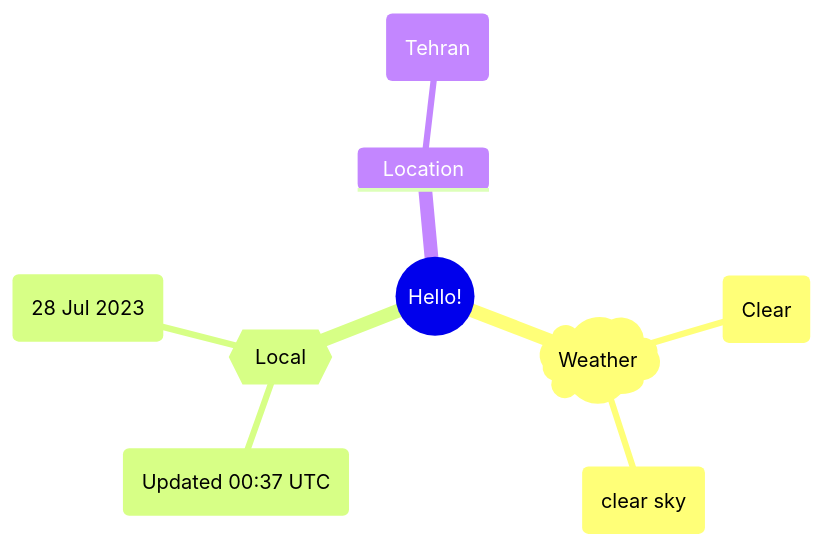
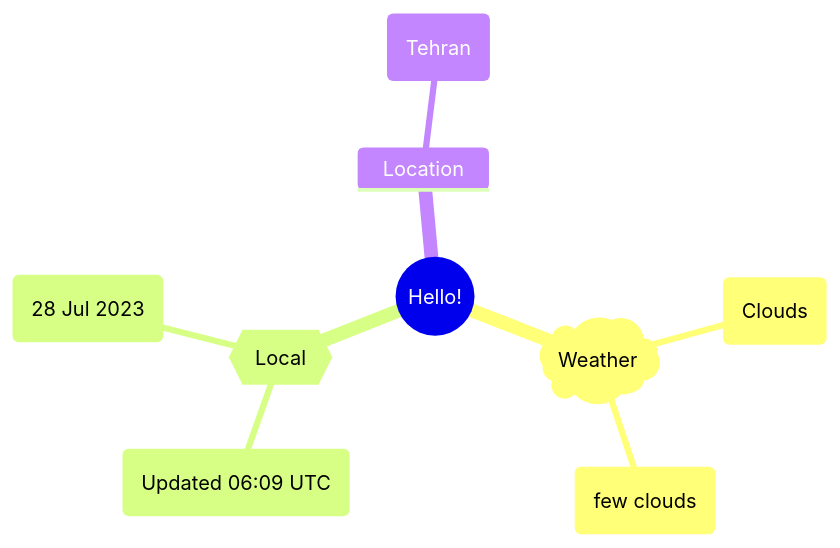
One commit to Xosrov/Xosrov changed the first of 2 diagrams in README.md. Above: the diagram before and after it, drawn with Mermaid.

Commit message:
[bot] updated images

````diff
--- a/README.md
+++ b/README.md
@@ -3,12 +3,12 @@
 ```mermaid
 mindmap
   root((Hello!))
     )Weather(
-        (Clear)
-        (clear sky)
+        (Clouds)
+        (few clouds)
     {{Local}}
-        (Updated 00:37 UTC)
+        (Updated 06:09 UTC)
         (28 Jul 2023)
     Location
         (Tehran)
 ```
````
